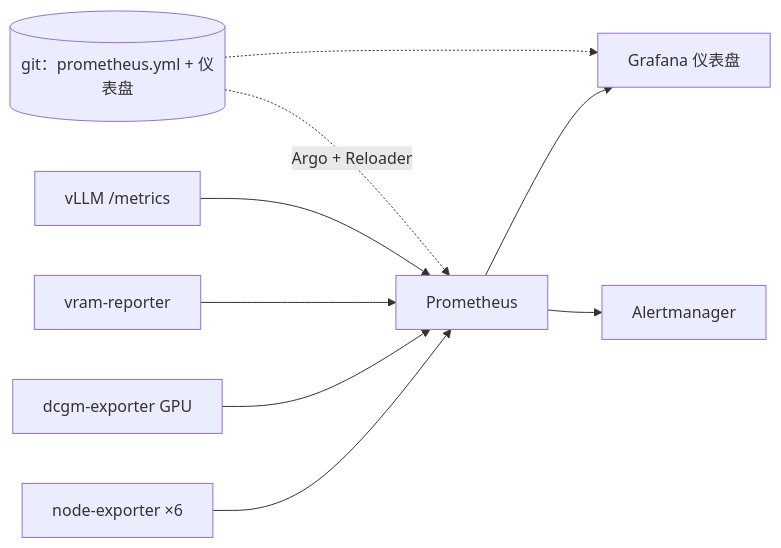
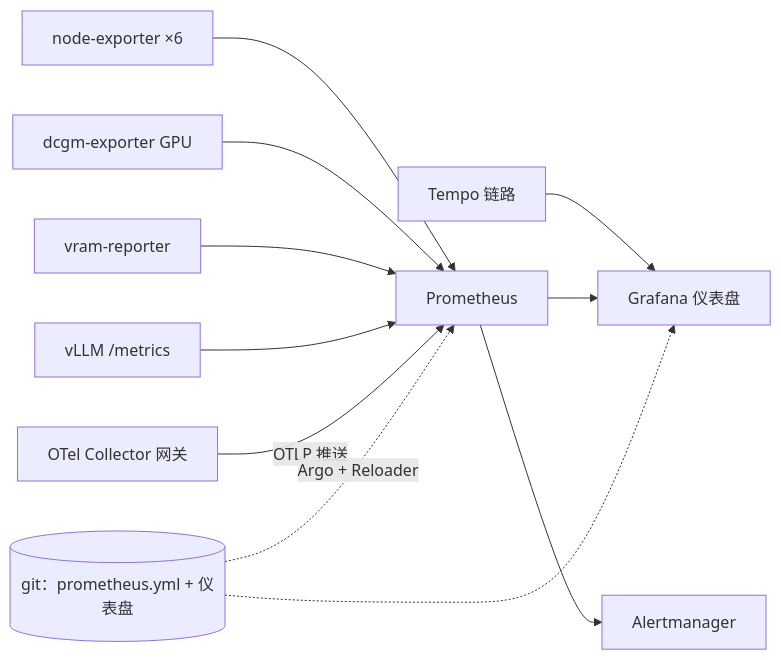
Before and after one commit to briancaffey/home-lab: the diagram in docs-site/i18n/zh-Hans/docusaurus-plugin-content-docs/current/observability/prometheus-grafana.md, drawn with Mermaid. The commit also changed other lines of this file and 16 other files, not shown here.

````diff
--- a/docs-site/i18n/zh-Hans/docusaurus-plugin-content-docs/current/observability/prometheus-grafana.md
+++ b/docs-site/i18n/zh-Hans/docusaurus-plugin-content-docs/current/observability/prometheus-grafana.md
@@ -29,11 +31,13 @@
 ```mermaid
 flowchart LR
     NE[node-exporter ×6] --> P[Prometheus]
     DC[dcgm-exporter GPU] --> P
     VR[vram-reporter] --> P
     VL[vLLM /metrics] --> P
+    OC[OTel Collector 网关] -->|OTLP 推送| P
+    TP[Tempo 链路] --> G
     P --> G[Grafana 仪表盘]
     P --> AM[Alertmanager]
     GIT[(git：prometheus.yml + 仪表盘)] -.Argo + Reloader.-> P
     GIT -.-> G
 ```
````
